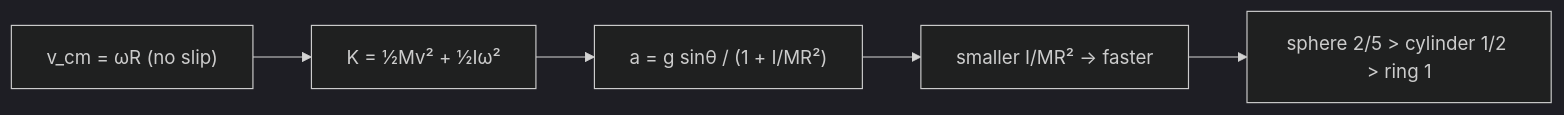
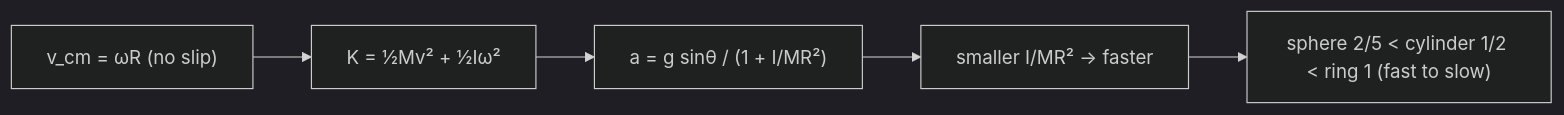
The fifth of 6 diagrams in rotational-mechanics/Rotational-mechanics.md (SurajGupta2009/Physics_JEEAD-OLYMPIAD_notes), drawn with Mermaid (dark theme) before and after one commit. The commit also changed other lines of this file and 31 other files, not shown here.

````diff
--- a/rotational-mechanics/Rotational-mechanics.md
+++ b/rotational-mechanics/Rotational-mechanics.md
@@ -300,7 +304,7 @@
 ```mermaid
 flowchart LR
   A["v_cm = ωR (no slip)"] --> B["K = ½Mv² + ½Iω²"]
   B --> C["a = g sinθ / (1 + I/MR²)"]
   C --> D["smaller I/MR² → faster"]
-  D --> E["sphere 2/5 > cylinder 1/2 > ring 1"]
+  D --> E["sphere 2/5 < cylinder 1/2 < ring 1 (fast to slow)"]
 ```
````
